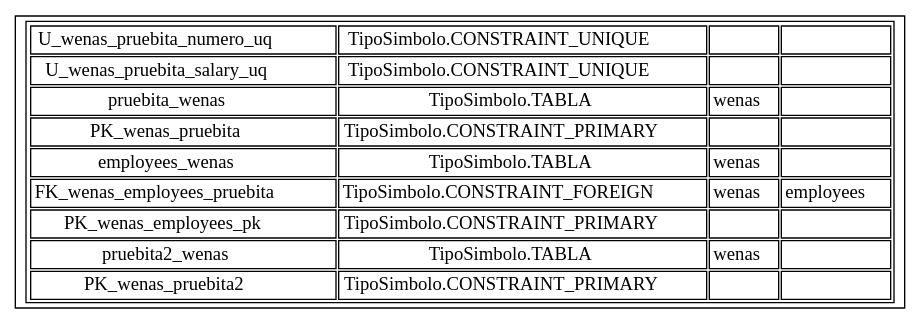
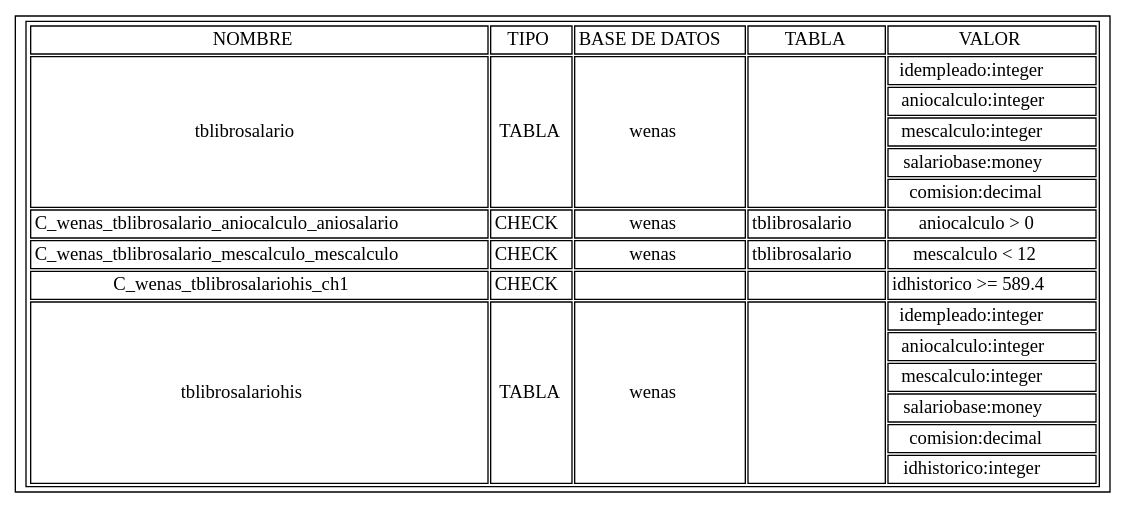
The diagram in ts.dot (sicmmar/Proyecto-Compi2), drawn with Graphviz before and after one commit. The commit also changed 11 other files, not shown here.

```diff
--- a/ts.dot
+++ b/ts.dot
@@ -1,15 +1,12 @@
-digraph G {
-    /* Entities */
-    shortName [shape=record label=<<TABLE>
-        <TR><TD>U_wenas_pruebita_numero_uq</TD><TD>TipoSimbolo.CONSTRAINT_UNIQUE</TD><TD></TD><TD></TD></TR>
-        <TR><TD>U_wenas_pruebita_salary_uq</TD><TD>TipoSimbolo.CONSTRAINT_UNIQUE</TD><TD></TD><TD></TD></TR>
-        <TR><TD>pruebita_wenas</TD><TD>TipoSimbolo.TABLA</TD><TD>wenas</TD><TD></TD></TR>
-        <TR><TD>PK_wenas_pruebita</TD><TD>TipoSimbolo.CONSTRAINT_PRIMARY</TD><TD></TD><TD></TD></TR>
-        <TR><TD>employees_wenas</TD><TD>TipoSimbolo.TABLA</TD><TD>wenas</TD><TD></TD></TR>
-        <TR><TD>FK_wenas_employees_pruebita</TD><TD>TipoSimbolo.CONSTRAINT_FOREIGN</TD><TD>wenas</TD><TD>employees</TD></TR>
-        <TR><TD>PK_wenas_employees_pk</TD><TD>TipoSimbolo.CONSTRAINT_PRIMARY</TD><TD></TD><TD></TD></TR>
-        <TR><TD>pruebita2_wenas</TD><TD>TipoSimbolo.TABLA</TD><TD>wenas</TD><TD></TD></TR>
-        <TR><TD>PK_wenas_pruebita2</TD><TD>TipoSimbolo.CONSTRAINT_PRIMARY</TD><TD></TD><TD></TD></TR>
-    </TABLE>>]
-    
-}
+digraph G {shortName [shape=record label=<<TABLE><TR><TD>NOMBRE</TD><TD>TIPO</TD><TD>BASE DE DATOS</TD><TD>TABLA</TD><TD>VALOR</TD></TR><TR><TD rowspan='5'>tblibrosalario</TD><TD rowspan='5'>TABLA</TD><TD rowspan='5'>wenas</TD><TD rowspan='5'></TD><TD>idempleado:integer</TD></TR>
+<TR><TD>aniocalculo:integer</TD></TR>
+<TR><TD>mescalculo:integer</TD></TR>
+<TR><TD>salariobase:money</TD></TR>
+<TR><TD>comision:decimal</TD></TR>
+<TR><TD>C_wenas_tblibrosalario_aniocalculo_aniosalario</TD><TD>CHECK</TD><TD>wenas</TD><TD>tblibrosalario</TD><TD>aniocalculo &#62; 0</TD></TR>\n<TR><TD>C_wenas_tblibrosalario_mescalculo_mescalculo</TD><TD>CHECK</TD><TD>wenas</TD><TD>tblibrosalario</TD><TD>mescalculo &#60; 12</TD></TR>\n<TR><TD>C_wenas_tblibrosalariohis_ch1</TD><TD>CHECK</TD><TD></TD><TD></TD><TD>idhistorico &#62;&#61; 589.4</TD></TR>\n<TR><TD rowspan='6'>tblibrosalariohis</TD><TD rowspan='6'>TABLA</TD><TD rowspan='6'>wenas</TD><TD rowspan='6'></TD><TD>idempleado:integer</TD></TR>
+<TR><TD>aniocalculo:integer</TD></TR>
+<TR><TD>mescalculo:integer</TD></TR>
+<TR><TD>salariobase:money</TD></TR>
+<TR><TD>comision:decimal</TD></TR>
+<TR><TD>idhistorico:integer</TD></TR>
+</TABLE>>]}
```
